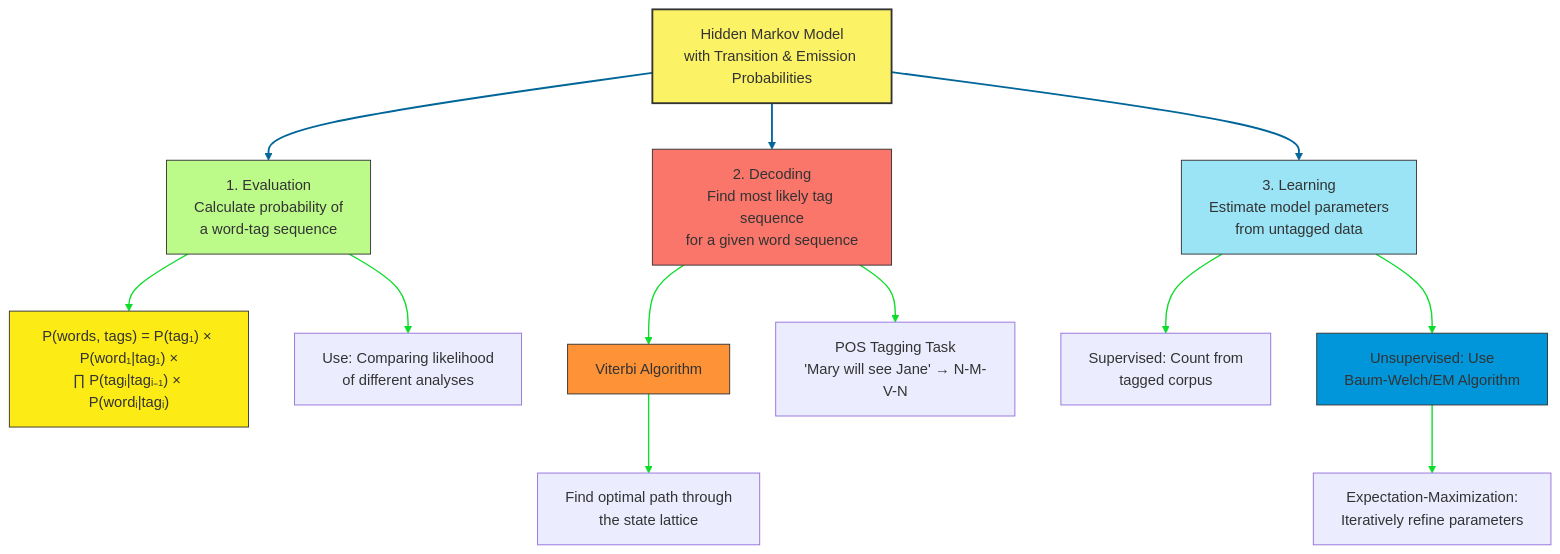
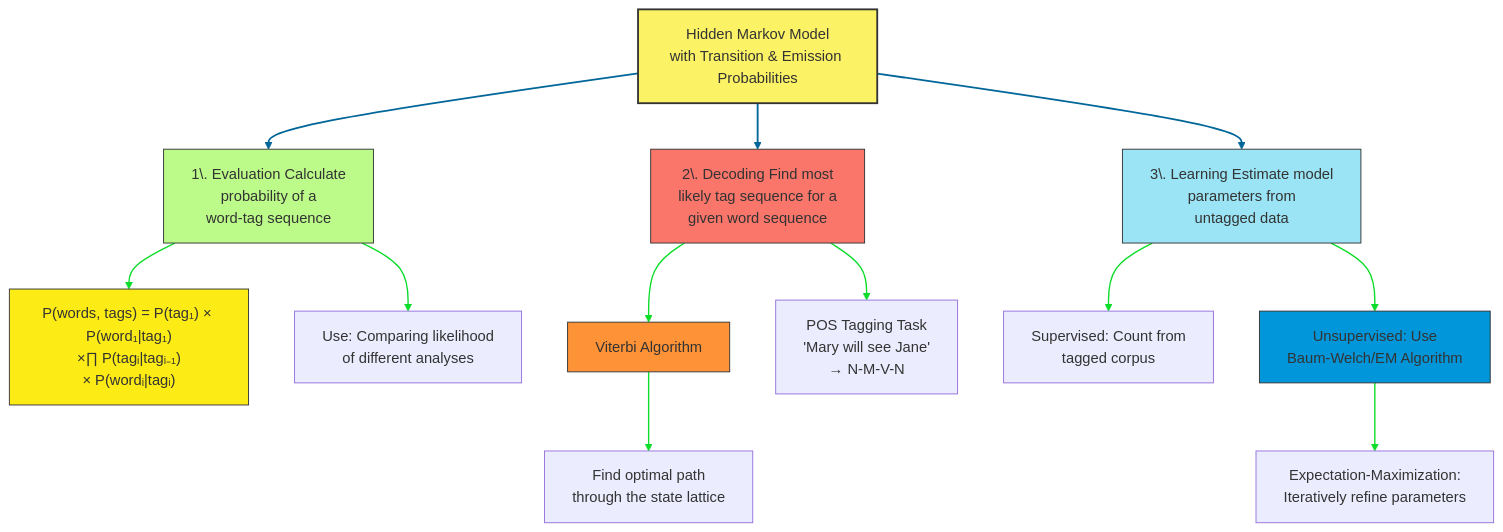
One commit to Chaklader/part-of-speech-tagging changed the seventh of 8 diagrams in C_5.md. Above: the diagram before and after it, drawn with Mermaid.

````diff
--- a/C_5.md
+++ b/C_5.md
@@ -438,36 +438,36 @@
 ```mermaid
 graph TD
     HMM[Hidden Markov Model\nwith Transition & Emission Probabilities]
 
     %% Three main applications
-    HMM --> Eval["1. Evaluation\nCalculate probability of\na word-tag sequence"]
-    HMM --> Decode["2. Decoding\nFind most likely tag sequence\nfor a given word sequence"]
-    HMM --> Learn["3. Learning\nEstimate model parameters\nfrom untagged data"]
+    HMM --> Eval[1\. Evaluation Calculate <br>probability of a <br>word-tag sequence]
+    HMM --> Decode["2\. Decoding Find most <br>likely tag sequence for a <br>given word sequence"]
+    HMM --> Learn["3\. Learning Estimate model <br>parameters from <br>untagged data"]
 
     %% Evaluation details
-    Eval --> EvalFormula["P(words, tags) = P(tag₁) × P(word₁|tag₁) ×\n∏ P(tagᵢ|tagᵢ₋₁) × P(wordᵢ|tagᵢ)"]
-    Eval --> EvalUse["Use: Comparing likelihood\nof different analyses"]
+    Eval --> EvalFormula["P(words, tags) = P(tag₁) × P(word₁|tag₁)<br> ×∏ P(tagᵢ|tagᵢ₋₁) <br>× P(wordᵢ|tagᵢ)"]
+    Eval --> EvalUse["Use: Comparing likelihood<br>of different analyses"]
 
     %% Decoding details
     Decode --> VitAlg[Viterbi Algorithm]
-    Decode --> POSTask["POS Tagging Task\n'Mary will see Jane' → N-M-V-N"]
-    VitAlg --> FindPath[Find optimal path through\nthe state lattice]
+    Decode --> POSTask["POS Tagging Task <br>'Mary will see Jane'<br>→ N-M-V-N"]
+    VitAlg --> FindPath[Find optimal path <br>through the state lattice]
 
     %% Learning details
-    Learn --> Supervised[Supervised: Count from\ntagged corpus]
-    Learn --> Unsupervised[Unsupervised: Use\nBaum-Welch/EM Algorithm]
-    Unsupervised --> EM[Expectation-Maximization:\nIteratively refine parameters]
+    Learn --> Supervised[Supervised: Count from<br>tagged corpus]
+    Learn --> Unsupervised[Unsupervised: Use<br>Baum-Welch/EM Algorithm]
+    Unsupervised --> EM[Expectation-Maximization:<br>Iteratively refine parameters]
 
     %% Styling
     style HMM fill:#FBF266,stroke:#333,stroke-width:2px
     style Eval fill:#BCFB89,stroke:#333,stroke-width:1px
     style Decode fill:#FA756A,stroke:#333,stroke-width:1px
     style Learn fill:#9AE4F5,stroke:#333,stroke-width:1px
     style EvalFormula fill:#FCEB14,stroke:#333,stroke-width:1px
     style VitAlg fill:#FE9237,stroke:#333,stroke-width:1px
     style Unsupervised fill:#0096D9,stroke:#333,stroke-width:1px
 
     %% Link styles
     linkStyle 0,1,2 stroke:#006699,stroke-width:2px
     linkStyle 3,4,5,6,7,8,9,10 stroke:#0CDC2A,stroke-width:1.5px
 ```
````
